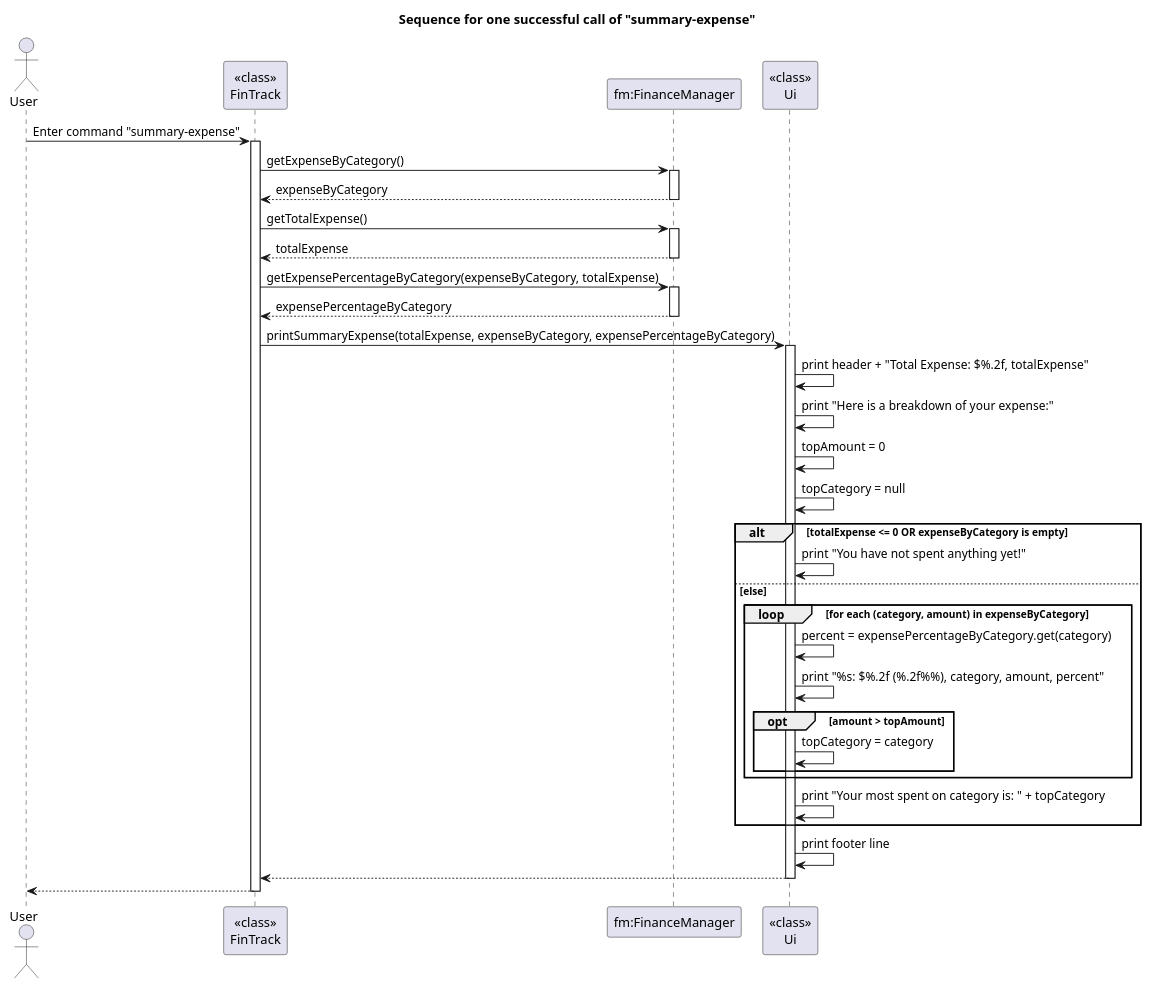
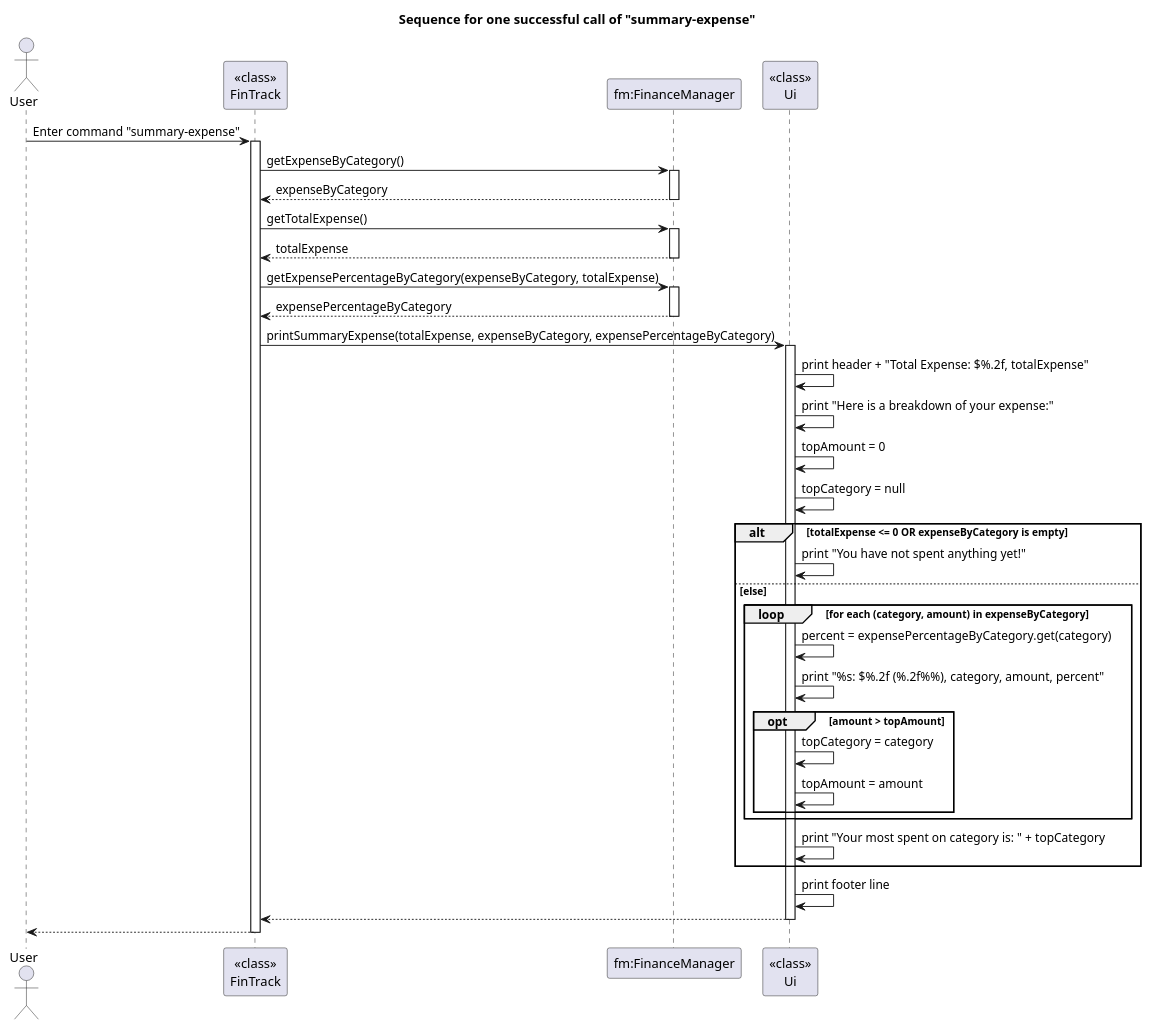
The diagram in docs/diagrams/summary_expense.puml (AY2526S1-CS2113-W12-4/tp), drawn with PlantUML before and after one commit. The commit also changed 1 other file, not shown here.

Commit message:
Update summary-expense sequence diagram

```diff
--- a/docs/diagrams/summary_expense.puml
+++ b/docs/diagrams/summary_expense.puml
@@ -1,53 +1,54 @@
 @startuml
 title Sequence for one successful call of "summary-expense"
 
 actor User
 participant "<<class>>\nFinTrack" as FinTrack
 participant "fm:FinanceManager" as FM
 participant "<<class>>\nUi" as Ui
 
 User -> FinTrack: Enter command "summary-expense"
 activate FinTrack
 
 FinTrack -> FM: getExpenseByCategory()
 activate FM
 FM --> FinTrack: expenseByCategory
 deactivate FM
 
 FinTrack -> FM: getTotalExpense()
 activate FM
 FM --> FinTrack: totalExpense
 deactivate FM
 
 FinTrack -> FM: getExpensePercentageByCategory(expenseByCategory, totalExpense)
 activate FM
 FM --> FinTrack: expensePercentageByCategory
 deactivate FM
 
 FinTrack -> Ui: printSummaryExpense(totalExpense, expenseByCategory, expensePercentageByCategory)
 activate Ui
 Ui -> Ui: print header + "Total Expense: $%.2f, totalExpense"
 Ui -> Ui: print "Here is a breakdown of your expense:"
 Ui -> Ui: topAmount = 0
 Ui -> Ui: topCategory = null
 
 alt totalExpense <= 0 OR expenseByCategory is empty
   Ui -> Ui: print "You have not spent anything yet!"
 else else
   loop for each (category, amount) in expenseByCategory
     Ui -> Ui: percent = expensePercentageByCategory.get(category)
     Ui -> Ui: print "%s: $%.2f (%.2f%%), category, amount, percent"
     opt amount > topAmount
       Ui -> Ui: topCategory = category
+      Ui -> Ui : topAmount = amount
     end
   end
   Ui -> Ui: print "Your most spent on category is: " + topCategory
 end
 Ui -> Ui: print footer line
 Ui --> FinTrack
 deactivate Ui
 
 FinTrack --> User
 deactivate FinTrack
 
 @enduml
```
